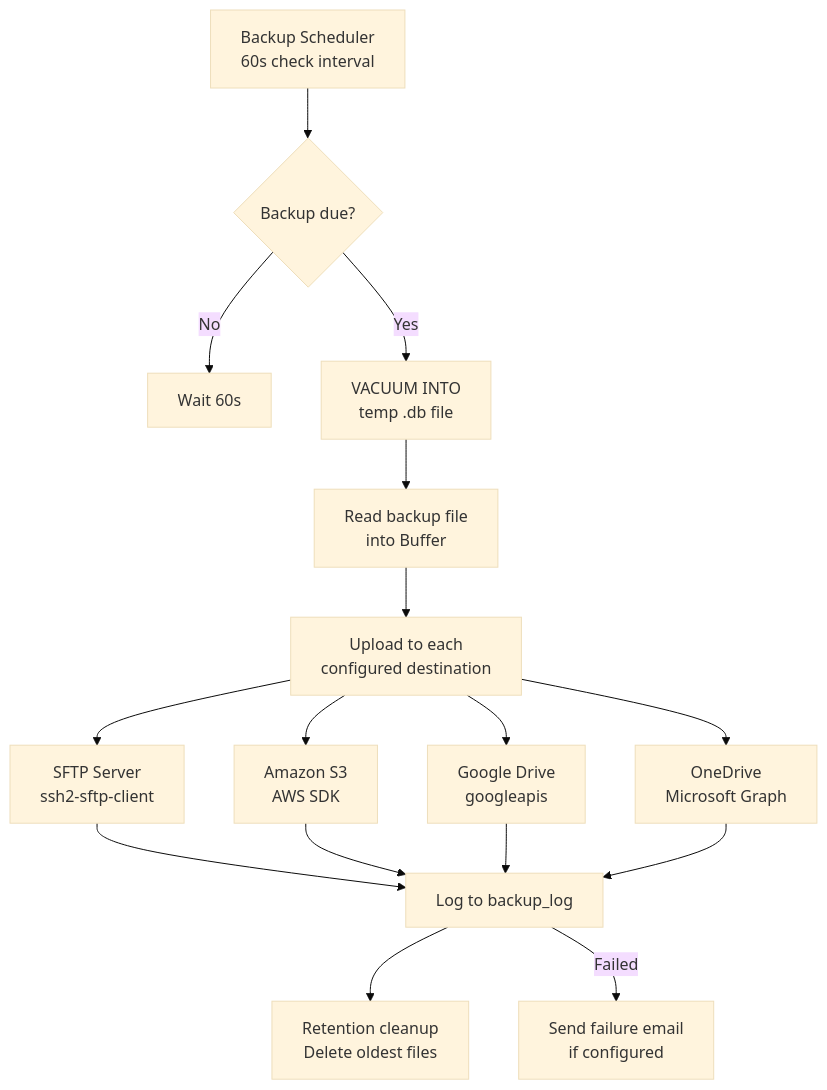
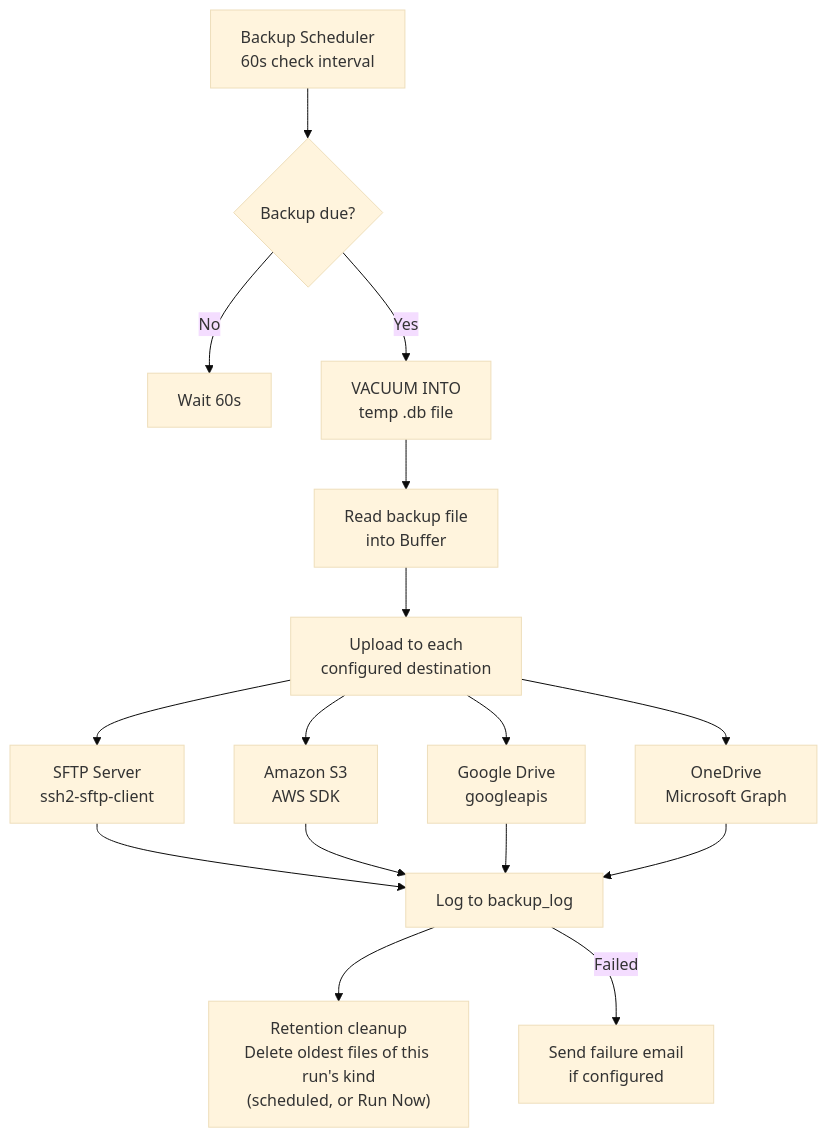
One commit to gitBoon/DumpFire changed the first of 15 diagrams in docs/backup-reporting.md. Above: the diagram before and after it, drawn with Mermaid (base theme). The commit also changed other lines of this file and 19 other files, not shown here.

````diff
--- a/docs/backup-reporting.md
+++ b/docs/backup-reporting.md
@@ -28,22 +28,22 @@
 ```mermaid
 flowchart TD
     Scheduler["Backup Scheduler\n60s check interval"]
     Scheduler --> DueCheck{"Backup due?"}
     DueCheck -->|"No"| Wait["Wait 60s"]
     DueCheck -->|"Yes"| Generate["VACUUM INTO\ntemp .db file"]
     Generate --> ReadFile["Read backup file\ninto Buffer"]
     ReadFile --> Upload["Upload to each\nconfigured destination"]
 
     Upload --> SFTP["SFTP Server\nssh2-sftp-client"]
     Upload --> S3["Amazon S3\nAWS SDK"]
     Upload --> GDrive["Google Drive\ngoogleapis"]
     Upload --> OneDrive["OneDrive\nMicrosoft Graph"]
 
     SFTP --> LogResult["Log to backup_log"]
     S3 --> LogResult
     GDrive --> LogResult
     OneDrive --> LogResult
 
-    LogResult --> Retention["Retention cleanup\nDelete oldest files"]
+    LogResult --> Retention["Retention cleanup\nDelete oldest files of this run's kind\n(scheduled, or Run Now)"]
     LogResult -->|"Failed"| NotifyEmail["Send failure email\nif configured"]
 ```
````
